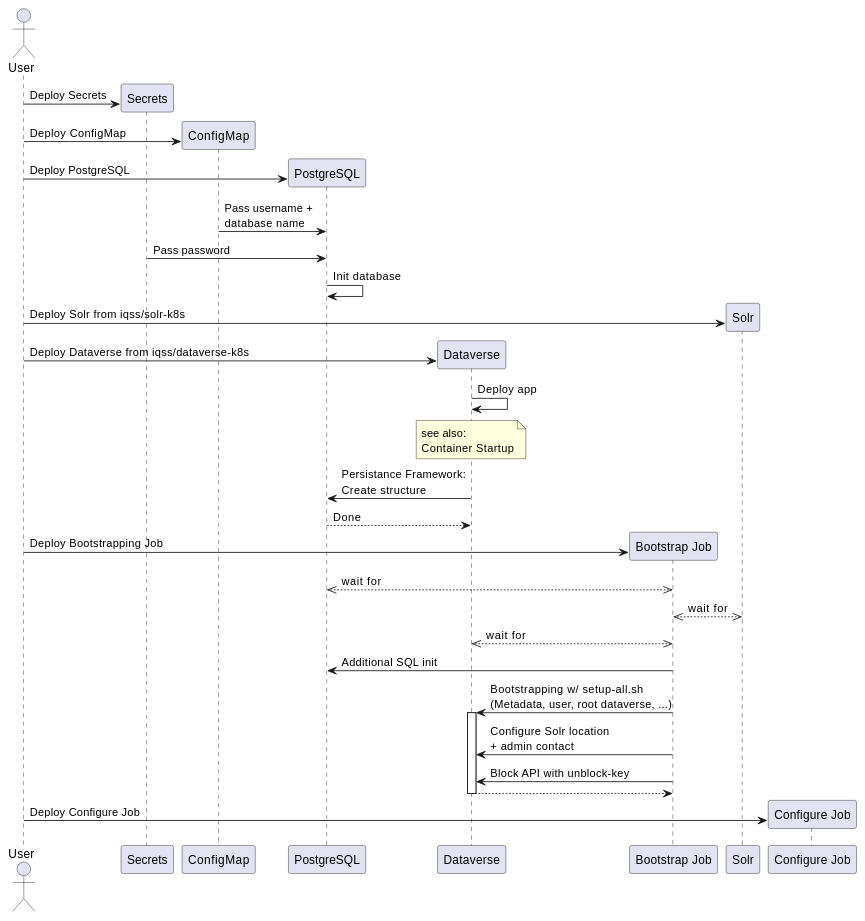
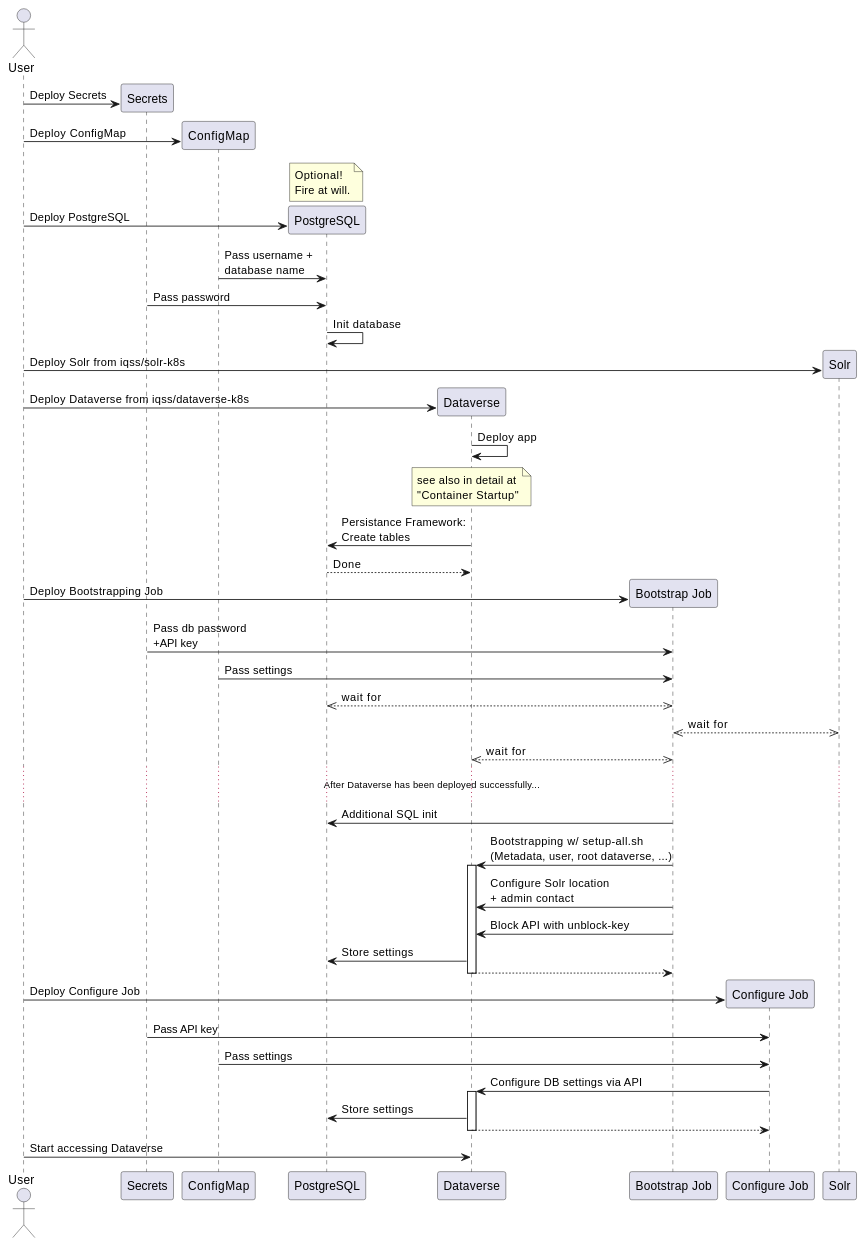
One commit to HyperSpec-FDM/dataverse-kubernetes changed the first of 2 diagrams in docs/how-it-works.md. Above: the diagram before and after it, drawn with PlantUML.

Commit message:
Enhance deployment diagram

```diff
--- a/docs/how-it-works.md
+++ b/docs/how-it-works.md
@@ -11,45 +11,59 @@
   @startuml
   actor User
   participant "Secrets" as S
   participant "ConfigMap" as CM
   participant "PostgreSQL" as P
   participant "Dataverse" as D
   participant "Bootstrap Job" as BJ
+  participant "Configure Job" as CJ
+
   participant "Solr"
-  participant "Configure Job" as CJ
 
   create S
   User -> S: Deploy Secrets
   create CM
   User -> CM: Deploy ConfigMap
+  note over P: Optional!\nFire at will.
   create P
   User -> P: Deploy PostgreSQL
   CM -> P: Pass username +\ndatabase name
   S -> P: Pass password
   P -> P: Init database
 
   create Solr
   User -> Solr: Deploy Solr from iqss/solr-k8s
 
   create D
   User -> D: Deploy Dataverse from iqss/dataverse-k8s
   D -> D: Deploy app
-  note over D: see also:\nContainer Startup
-  D -> P: Persistance Framework:\nCreate structure
+  note over D: see also in detail at\n"Container Startup"
+  D -> P: Persistance Framework:\nCreate tables
   P --> D: Done
 
   create BJ
   User -> BJ: Deploy Bootstrapping Job
+  S -> BJ: Pass db password\n+API key
+  CM -> BJ: Pass settings
   BJ <<-->> P: wait for
   BJ <<-->> Solr: wait for
   BJ <<-->> D: wait for
+  ...After Dataverse has been deployed successfully......
   BJ -> P: Additional SQL init
   BJ -> D: Bootstrapping w/ setup-all.sh\n(Metadata, user, root dataverse, ...)
   activate D
   BJ -> D: Configure Solr location\n+ admin contact
   BJ -> D: Block API with unblock-key
+  D -> P: Store settings
   return
 
   create CJ
   User -> CJ: Deploy Configure Job
+  S -> CJ: Pass API key
+  CM -> CJ: Pass settings
+  CJ -> D: Configure DB settings via API
+  activate D
+  D -> P: Store settings
+  return
+
+  User -> D: Start accessing Dataverse
   @enduml
```
